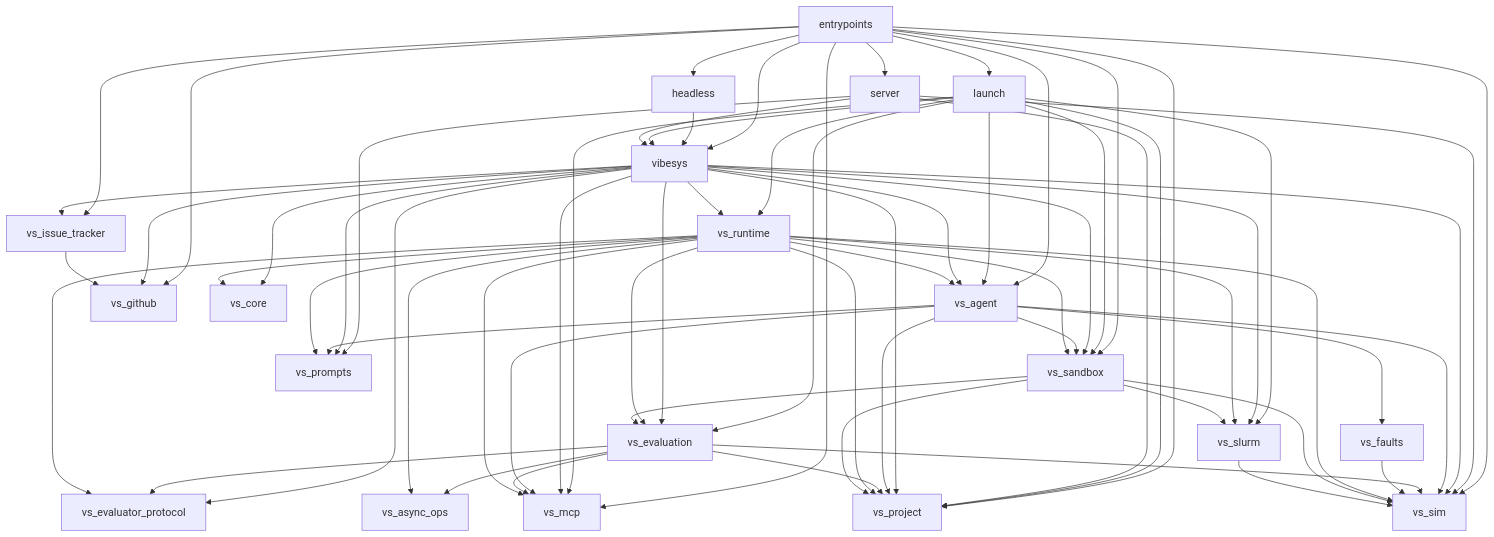
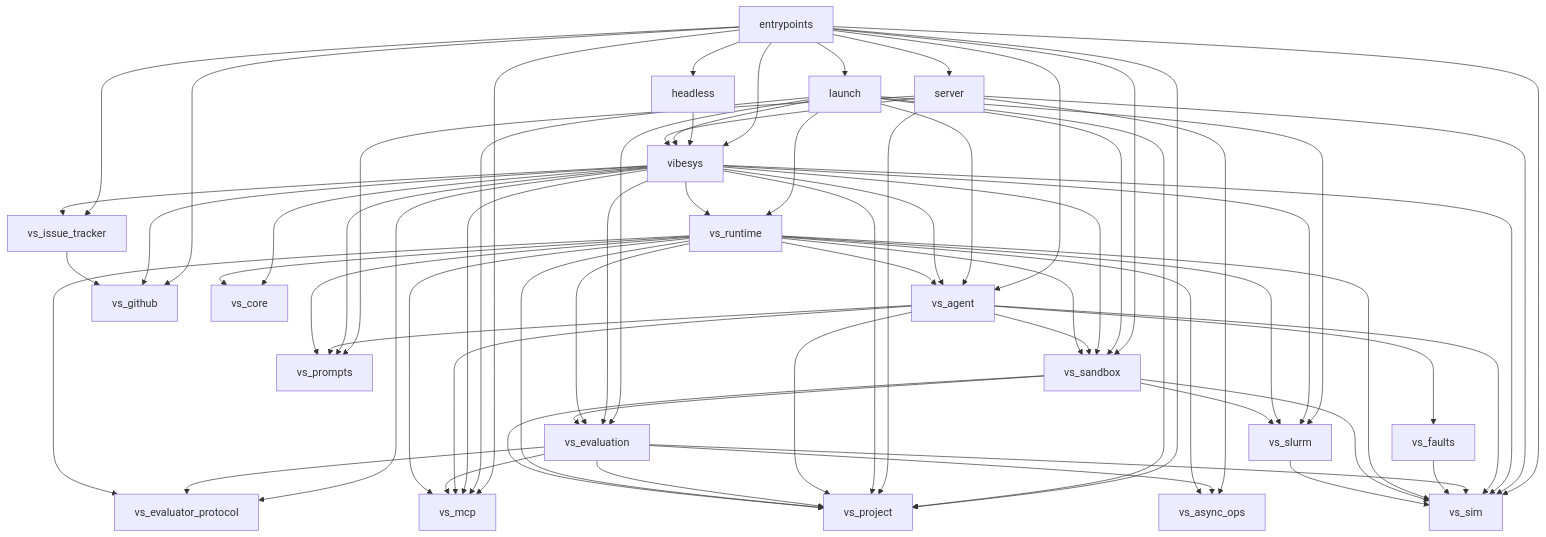
One commit to 6Mikao9/vibesys changed the diagram in docs/contributing/architecture.md. Above: the diagram before and after it, drawn with Mermaid. The commit also changed 3 other files, not shown here.

````diff
--- a/docs/contributing/architecture.md
+++ b/docs/contributing/architecture.md
@@ -107,69 +107,70 @@
 ```mermaid
 graph TD
     entrypoints --> headless
     entrypoints --> launch
     entrypoints --> server
     entrypoints --> vibesys
     entrypoints --> vs_agent
     entrypoints --> vs_github
     entrypoints --> vs_issue_tracker
     entrypoints --> vs_mcp
     entrypoints --> vs_project
     entrypoints --> vs_sandbox
     entrypoints --> vs_sim
     headless --> vibesys
     launch --> vibesys
     launch --> vs_agent
     launch --> vs_evaluation
     launch --> vs_mcp
     launch --> vs_project
     launch --> vs_runtime
     launch --> vs_sandbox
     launch --> vs_slurm
     server --> vibesys
+    server --> vs_async_ops
     server --> vs_project
     server --> vs_prompts
     server --> vs_sim
     vibesys --> vs_agent
     vibesys --> vs_core
     vibesys --> vs_evaluation
     vibesys --> vs_evaluator_protocol
     vibesys --> vs_github
     vibesys --> vs_issue_tracker
     vibesys --> vs_mcp
     vibesys --> vs_project
     vibesys --> vs_prompts
     vibesys --> vs_runtime
     vibesys --> vs_sandbox
     vibesys --> vs_sim
     vibesys --> vs_slurm
     vs_agent --> vs_faults
     vs_agent --> vs_mcp
     vs_agent --> vs_project
     vs_agent --> vs_prompts
     vs_agent --> vs_sandbox
     vs_agent --> vs_sim
     vs_evaluation --> vs_async_ops
     vs_evaluation --> vs_evaluator_protocol
     vs_evaluation --> vs_mcp
     vs_evaluation --> vs_project
     vs_evaluation --> vs_sim
     vs_faults --> vs_sim
     vs_issue_tracker --> vs_github
     vs_runtime --> vs_agent
     vs_runtime --> vs_async_ops
     vs_runtime --> vs_core
     vs_runtime --> vs_evaluation
     vs_runtime --> vs_evaluator_protocol
     vs_runtime --> vs_mcp
     vs_runtime --> vs_project
     vs_runtime --> vs_prompts
     vs_runtime --> vs_sandbox
     vs_runtime --> vs_sim
     vs_runtime --> vs_slurm
     vs_sandbox --> vs_evaluation
     vs_sandbox --> vs_project
     vs_sandbox --> vs_sim
     vs_sandbox --> vs_slurm
     vs_slurm --> vs_sim
 ```
````
